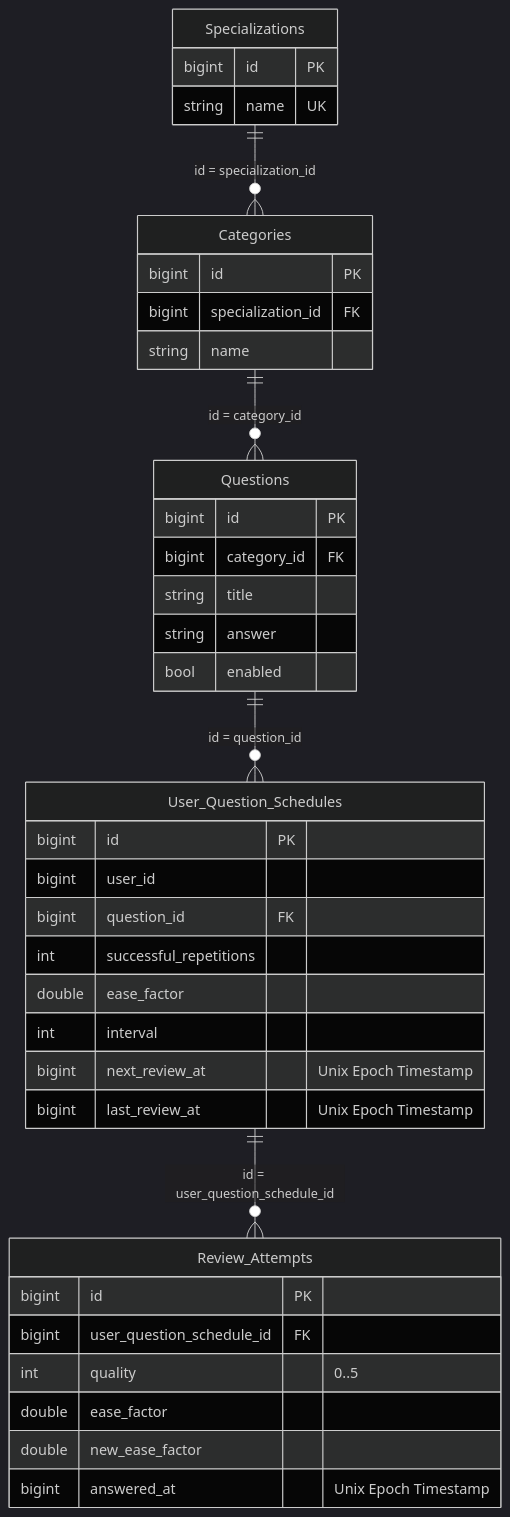
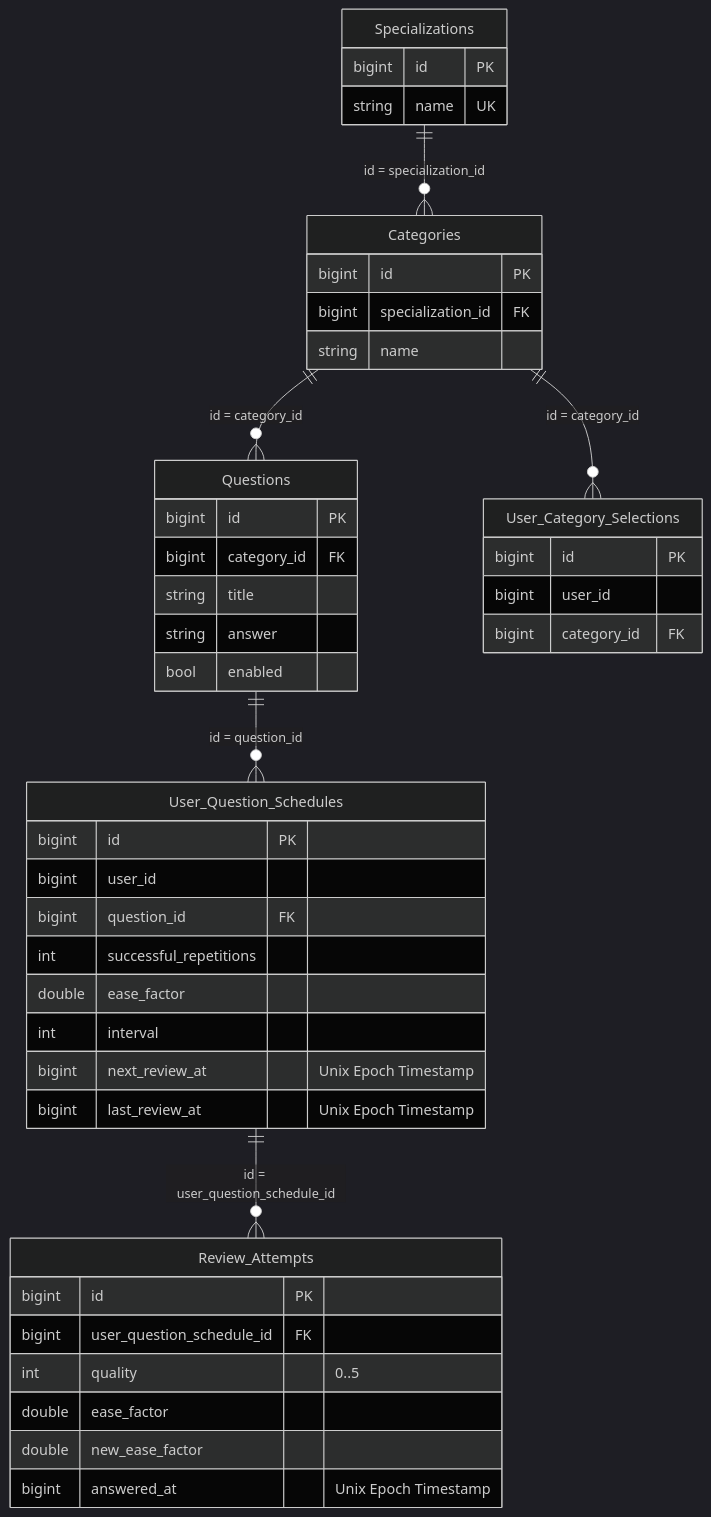
Before and after one commit to it-mentor-community-platform/meta: the diagram in system-analytics/services/interval-repetition-service/index.md, drawn with Mermaid (dark theme). The commit also changed other lines of this file, not shown here.

Commit message:
add user_category_selections

````diff
--- a/system-analytics/services/interval-repetition-service/index.md
+++ b/system-analytics/services/interval-repetition-service/index.md
@@ -16,50 +16,58 @@
 ```mermaid
 erDiagram
 
     Specializations {
         bigint id PK
         string name UK
     }
 
     Categories {
         bigint id PK
         bigint specialization_id FK
         string name
     }
 
     Questions {
         bigint id PK
         bigint category_id FK
         string title
         string answer
         bool enabled
     }
 
     User_Question_Schedules {
         bigint id PK
         bigint user_id
         bigint question_id FK
         int successful_repetitions
         double ease_factor
         int interval
         bigint next_review_at "Unix Epoch Timestamp"
         bigint last_review_at "Unix Epoch Timestamp"
     }
 
     Review_Attempts {
         bigint id PK
         bigint user_question_schedule_id FK
         int quality "0..5"
         double ease_factor
         double new_ease_factor
         bigint answered_at "Unix Epoch Timestamp"
     }
 
+    User_Category_Selections {
+        bigint id PK
+        bigint user_id
+        bigint category_id FK
+    }
+
     Specializations ||--o{ Categories : "id = specialization_id"
 
     Categories ||--o{ Questions : "id = category_id"
 
     Questions ||--o{ User_Question_Schedules : "id = question_id"
 
     User_Question_Schedules ||--o{ Review_Attempts : "id = user_question_schedule_id"
+
+    Categories ||--o{ User_Category_Selections : "id = category_id"
 ```
````
